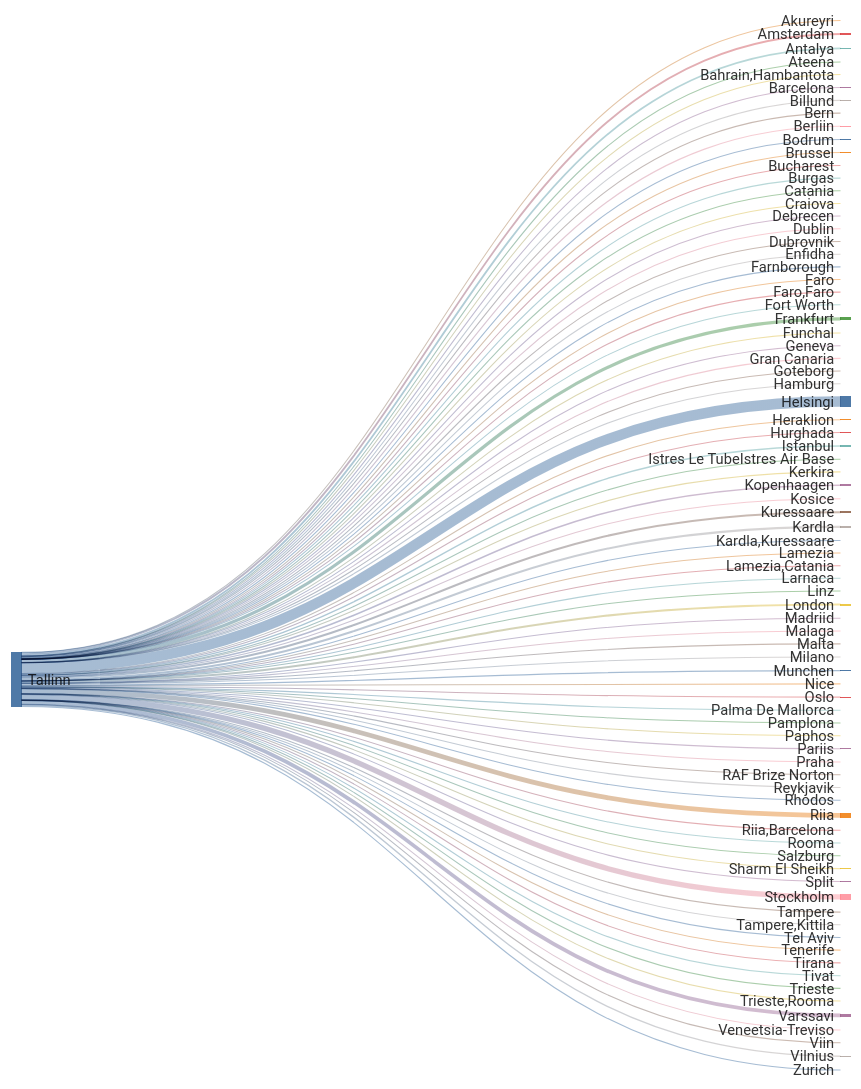
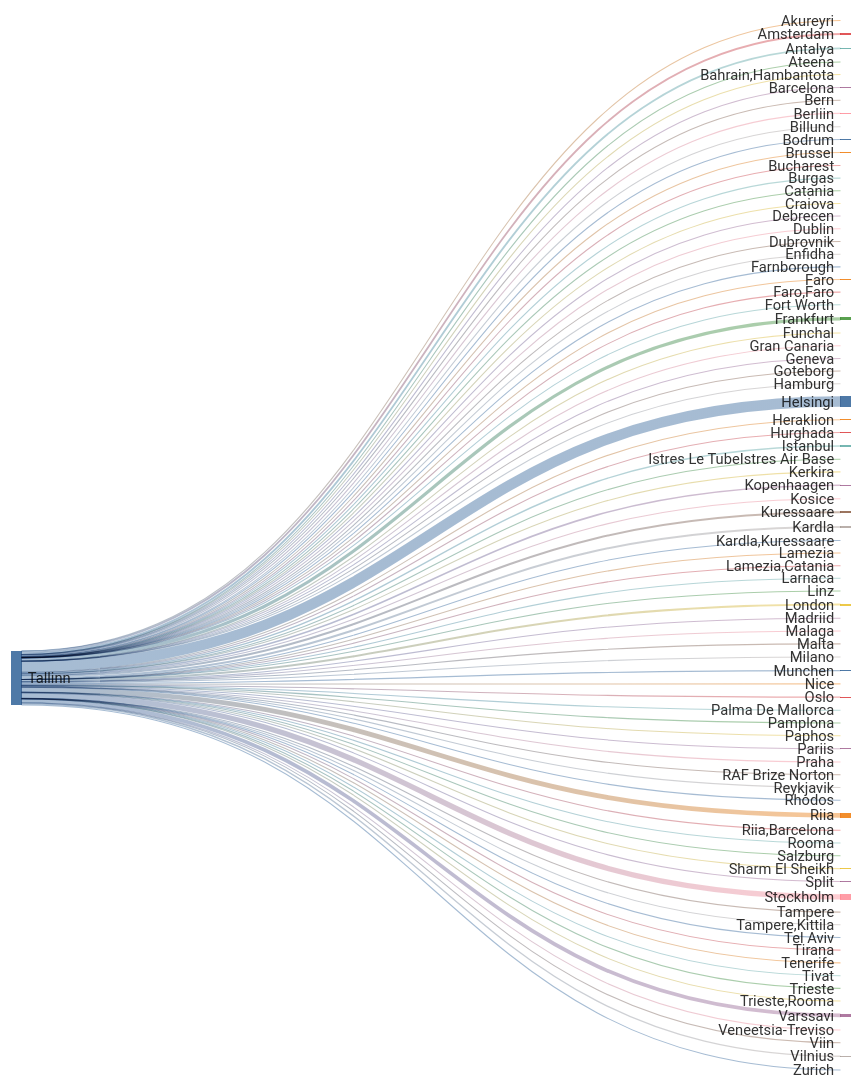
One commit to rainermesi/tll-airport-departures changed the second of 2 diagrams in README.md. Above: the diagram before and after it, drawn with Mermaid. The commit also changed other lines of this file and 1 other file, not shown here.

```diff
--- a/README.md
+++ b/README.md
@@ -42,12 +42,12 @@
 sankey-beta
 %% source,target,value
 Tallinn,Akureyri,1
-Tallinn,Amsterdam,599
-Tallinn,Antalya,585
+Tallinn,Amsterdam,601
+Tallinn,Antalya,589
 Tallinn,Ateena,16
 Tallinn,"Bahrain,Hambantota",1
 Tallinn,Barcelona,169
-Tallinn,Berliin,372
+Tallinn,Berliin,374
 Tallinn,Bern,1
 Tallinn,Billund,87
 Tallinn,Bodrum,16
@@ -59,55 +59,55 @@
 Tallinn,Debrecen,1
 Tallinn,Dublin,111
 Tallinn,Dubrovnik,21
-Tallinn,Enfidha,19
+Tallinn,Enfidha,20
 Tallinn,Farnborough,1
 Tallinn,Faro,4
 Tallinn,"Faro,Faro",1
 Tallinn,Fort Worth,1
-Tallinn,Frankfurt,1039
+Tallinn,Frankfurt,1042
 Tallinn,Funchal,10
 Tallinn,Geneva,13
 Tallinn,Gran Canaria,38
 Tallinn,Goteborg,2
 Tallinn,Hamburg,2
-Tallinn,Helsingi,3484
-Tallinn,Heraklion,142
+Tallinn,Helsingi,3492
+Tallinn,Heraklion,144
 Tallinn,Hurghada,79
-Tallinn,Istanbul,452
+Tallinn,Istanbul,453
 Tallinn,Istres Le TubeIstres Air Base,2
 Tallinn,Kerkira,4
-Tallinn,Kopenhaagen,515
+Tallinn,Kopenhaagen,518
 Tallinn,Kosice,1
-Tallinn,Kuressaare,660
-Tallinn,Kardla,662
+Tallinn,Kuressaare,662
+Tallinn,Kardla,664
 Tallinn,"Kardla,Kuressaare",1
 Tallinn,Lamezia,6
 Tallinn,"Lamezia,Catania",3
 Tallinn,Larnaca,9
 Tallinn,Linz,2
-Tallinn,London,673
+Tallinn,London,674
 Tallinn,Madriid,5
 Tallinn,Malaga,144
 Tallinn,Malta,37
-Tallinn,Milano,288
-Tallinn,Munchen,376
-Tallinn,Nice,68
-Tallinn,Oslo,349
+Tallinn,Milano,289
+Tallinn,Munchen,378
+Tallinn,Nice,69
+Tallinn,Oslo,350
 Tallinn,Palma De Mallorca,41
 Tallinn,Pamplona,1
 Tallinn,Paphos,66
-Tallinn,Pariis,312
+Tallinn,Pariis,313
 Tallinn,Praha,103
 Tallinn,RAF Brize Norton,1
 Tallinn,Reykjavik,20
 Tallinn,Rhodos,76
-Tallinn,Riia,1586
+Tallinn,Riia,1590
 Tallinn,"Riia,Barcelona",1
 Tallinn,Rooma,80
 Tallinn,Salzburg,14
 Tallinn,Sharm El Sheikh,125
 Tallinn,Split,69
-Tallinn,Stockholm,1750
+Tallinn,Stockholm,1755
 Tallinn,Tampere,17
 Tallinn,"Tampere,Kittila",21
 Tallinn,Tel Aviv,2
@@ -116,10 +116,10 @@
 Tallinn,Tivat,80
 Tallinn,Trieste,1
 Tallinn,"Trieste,Rooma",1
-Tallinn,Varssavi,1210
+Tallinn,Varssavi,1213
 Tallinn,Veneetsia-Treviso,67
 Tallinn,Viin,106
-Tallinn,Vilnius,443
+Tallinn,Vilnius,445
 Tallinn,Zurich,314
 
 
```
